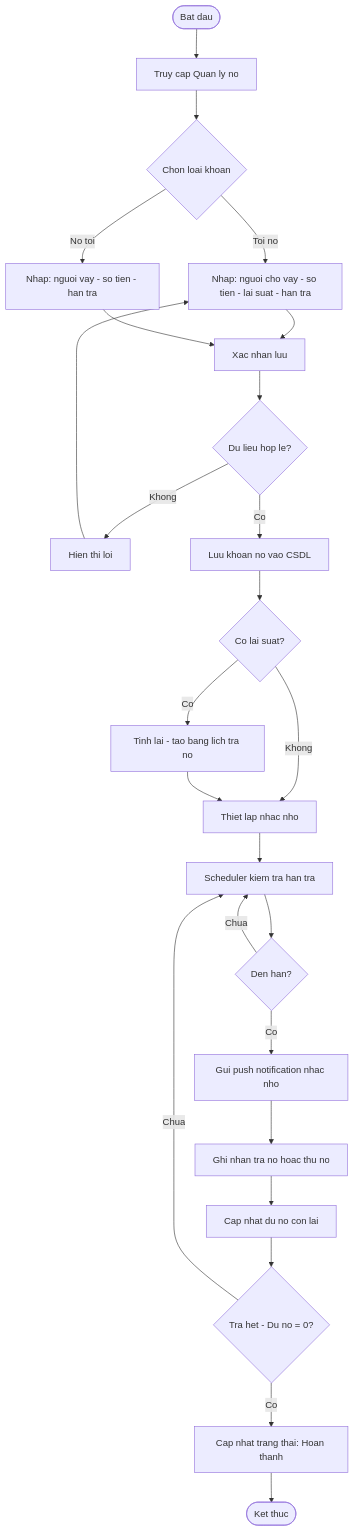
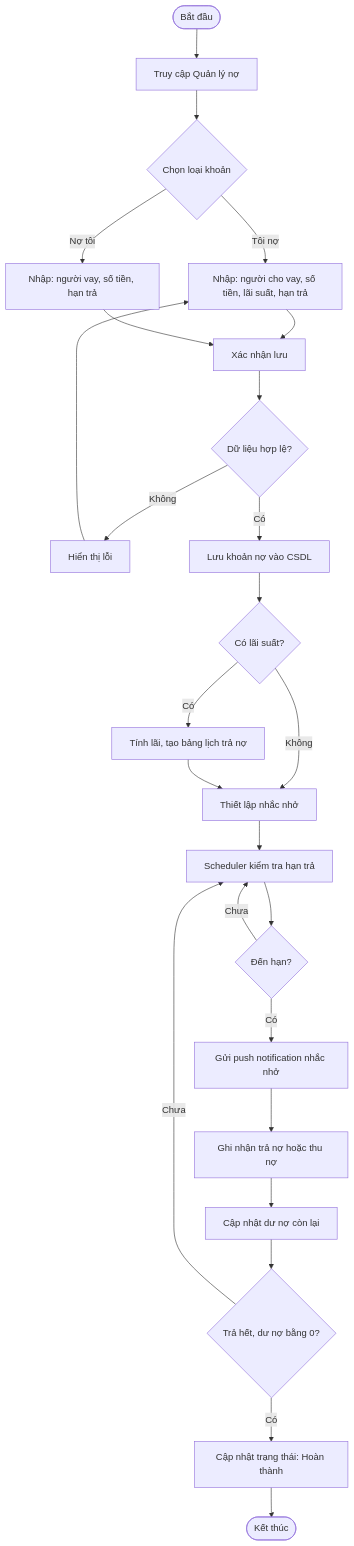
One commit to Hieu-vn/Graduation-Thesis changed the seventh of 10 diagrams in Nghiên cứu MISA MoneyKeeper.md. Above: the diagram before and after it, drawn with Mermaid. The commit also changed other lines of this file, not shown here.

````diff
--- a/Nghiên cứu MISA MoneyKeeper.md
+++ b/Nghiên cứu MISA MoneyKeeper.md
@@ -214,26 +214,26 @@
 ```mermaid
 flowchart TD
-    A([Bat dau]) --> B[Truy cap Quan ly no]
-    B --> C{Chon loai khoan}
-    C -->|Toi no| D1[Nhap: nguoi cho vay - so tien - lai suat - han tra]
-    C -->|No toi| D2[Nhap: nguoi vay - so tien - han tra]
-    D1 --> E[Xac nhan luu]
+    A([Bắt đầu]) --> B[Truy cập Quản lý nợ]
+    B --> C{Chọn loại khoản}
+    C -->|Tôi nợ| D1[Nhập: người cho vay, số tiền, lãi suất, hạn trả]
+    C -->|Nợ tôi| D2[Nhập: người vay, số tiền, hạn trả]
+    D1 --> E[Xác nhận lưu]
     D2 --> E
-    E --> F{Du lieu hop le?}
-    F -->|Khong| F2[Hien thi loi] --> D1
-    F -->|Co| G[Luu khoan no vao CSDL]
-    G --> G2{Co lai suat?}
-    G2 -->|Co| G3[Tinh lai - tao bang lich tra no]
-    G2 -->|Khong| G4[Thiet lap nhac nho]
+    E --> F{Dữ liệu hợp lệ?}
+    F -->|Không| F2[Hiển thị lỗi] --> D1
+    F -->|Có| G[Lưu khoản nợ vào CSDL]
+    G --> G2{Có lãi suất?}
+    G2 -->|Có| G3[Tính lãi, tạo bảng lịch trả nợ]
+    G2 -->|Không| G4[Thiết lập nhắc nhở]
     G3 --> G4
-    G4 --> H[Scheduler kiem tra han tra]
-    H --> I{Den han?}
-    I -->|Chua| H
-    I -->|Co| J[Gui push notification nhac nho]
-    J --> K[Ghi nhan tra no hoac thu no]
-    K --> K2[Cap nhat du no con lai]
-    K2 --> K3{Tra het - Du no = 0?}
-    K3 -->|Co| K4[Cap nhat trang thai: Hoan thanh]
-    K3 -->|Chua| H
-    K4 --> L([Ket thuc])
+    G4 --> H[Scheduler kiểm tra hạn trả]
+    H --> I{Đến hạn?}
+    I -->|Chưa| H
+    I -->|Có| J[Gửi push notification nhắc nhở]
+    J --> K[Ghi nhận trả nợ hoặc thu nợ]
+    K --> K2[Cập nhật dư nợ còn lại]
+    K2 --> K3{Trả hết, dư nợ bằng 0?}
+    K3 -->|Có| K4[Cập nhật trạng thái: Hoàn thành]
+    K3 -->|Chưa| H
+    K4 --> L([Kết thúc])
 ```
````
